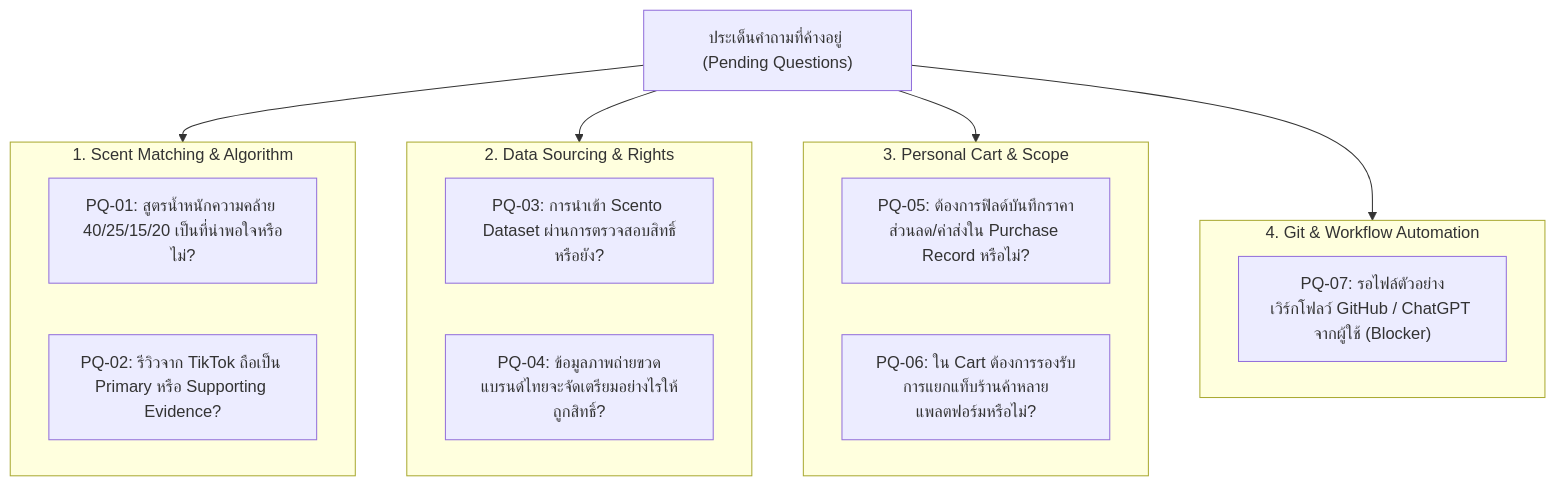
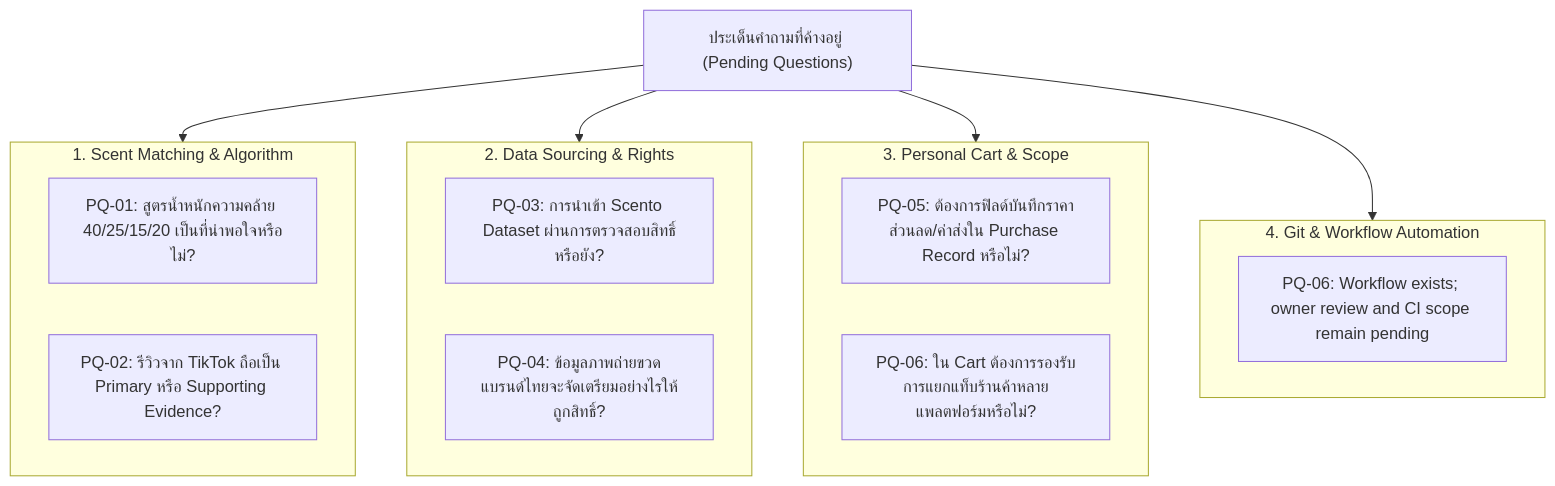
The diagram in Structure DB Obsidian/08_Operations/Pending_Questions.md (kraveerachat/DoomParfum-By-TK), drawn with Mermaid before and after one commit. The commit also changed other lines of this file and 24 other files, not shown here.

Commit message:
docs(p1): address architecture review findings

````diff
--- a/Structure DB Obsidian/08_Operations/Pending_Questions.md
+++ b/Structure DB Obsidian/08_Operations/Pending_Questions.md
@@ -32,28 +32,28 @@
 ```mermaid
 flowchart TD
     Pending["ประเด็นคำถามที่ค้างอยู่ (Pending Questions)"]
 
     subgraph Cat1["1. Scent Matching & Algorithm"]
         PQ_01["PQ-01: สูตรน้ำหนักความคล้าย 40/25/15/20 เป็นที่น่าพอใจหรือไม่?"]
         PQ_02["PQ-02: รีวิวจาก TikTok ถือเป็น Primary หรือ Supporting Evidence?"]
     end
 
     subgraph Cat2["2. Data Sourcing & Rights"]
         PQ_03["PQ-03: การนำเข้า Scento Dataset ผ่านการตรวจสอบสิทธิ์หรือยัง?"]
         PQ_04["PQ-04: ข้อมูลภาพถ่ายขวดแบรนด์ไทยจะจัดเตรียมอย่างไรให้ถูกสิทธิ์?"]
     end
 
     subgraph Cat3["3. Personal Cart & Scope"]
         PQ_05["PQ-05: ต้องการฟิลด์บันทึกราคาส่วนลด/ค่าส่งใน Purchase Record หรือไม่?"]
         PQ_06["PQ-06: ใน Cart ต้องการรองรับการแยกแท็บร้านค้าหลายแพลตฟอร์มหรือไม่?"]
     end
 
     subgraph Cat4["4. Git & Workflow Automation"]
-        PQ_07["PQ-07: รอไฟล์ตัวอย่างเวิร์กโฟลว์ GitHub / ChatGPT จากผู้ใช้ (Blocker)"]
+        PQ_07["PQ-06: Workflow exists; owner review and CI scope remain pending"]
     end
 
     Pending --> Cat1
     Pending --> Cat2
     Pending --> Cat3
     Pending --> Cat4
 ```
````
